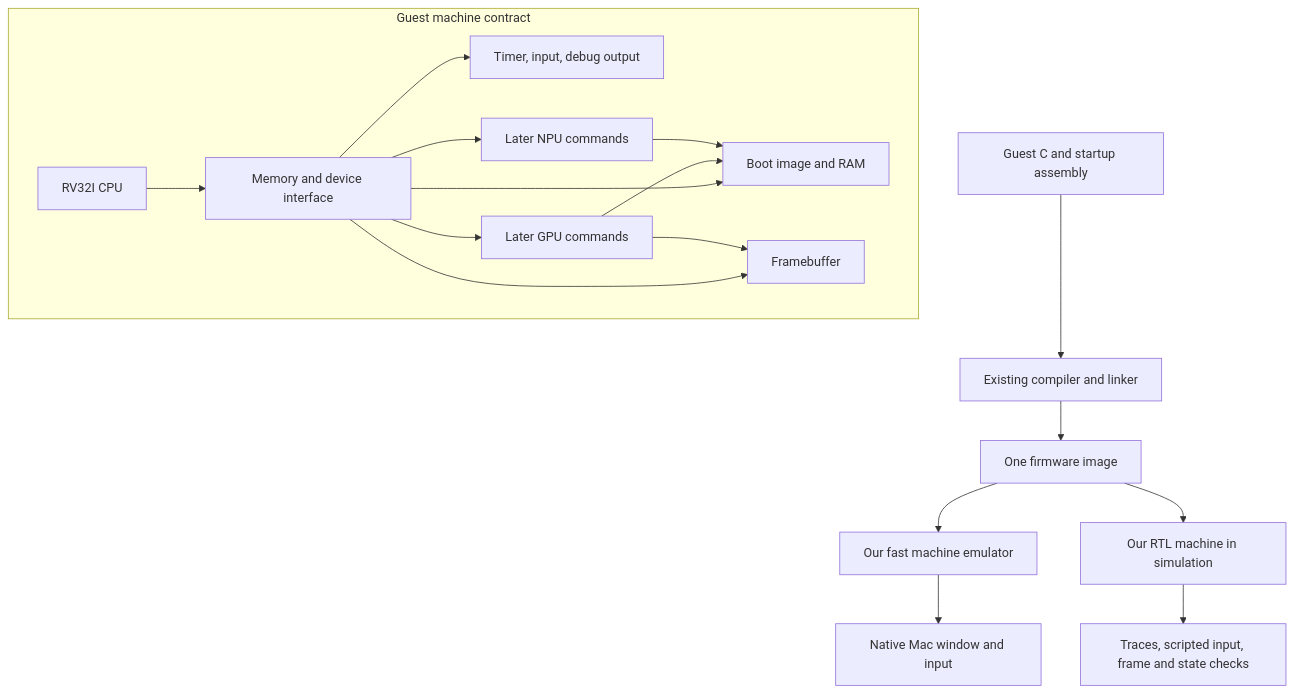
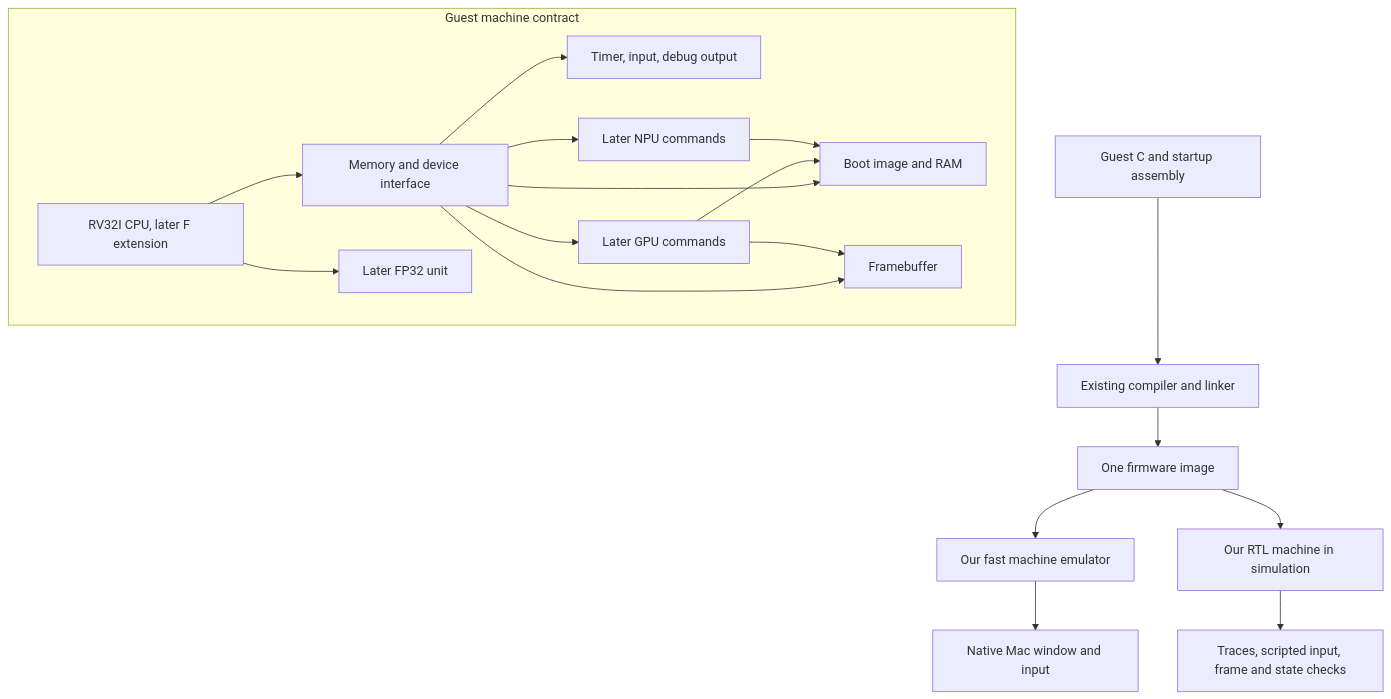
The diagram in docs/planning/roadmap.md (ahmad-luqman/tiny-processors), drawn with Mermaid before and after one commit. The commit also changed other lines of this file and 4 other files, not shown here.

````diff
--- a/docs/planning/roadmap.md
+++ b/docs/planning/roadmap.md
@@ -31,20 +32,21 @@
 ```mermaid
 flowchart TB
     C[Guest C and startup assembly] --> T[Existing compiler and linker]
     T --> FW[One firmware image]
     FW --> EM[Our fast machine emulator]
     FW --> RTL[Our RTL machine in simulation]
     EM --> HOST[Native Mac window and input]
     RTL --> CHECK[Traces, scripted input, frame and state checks]
     subgraph Guest machine contract
-        CPU[RV32I CPU] --> BUS[Memory and device interface]
+        CPU[RV32I CPU, later F extension] --> BUS[Memory and device interface]
+        CPU --> FPU[Later FP32 unit]
         BUS --> MEM[Boot image and RAM]
         BUS --> IO[Timer, input, debug output]
         BUS --> FB[Framebuffer]
         BUS --> GPU[Later GPU commands]
         BUS --> NPU[Later NPU commands]
         GPU --> MEM
         GPU --> FB
         NPU --> MEM
     end
 ```
````
